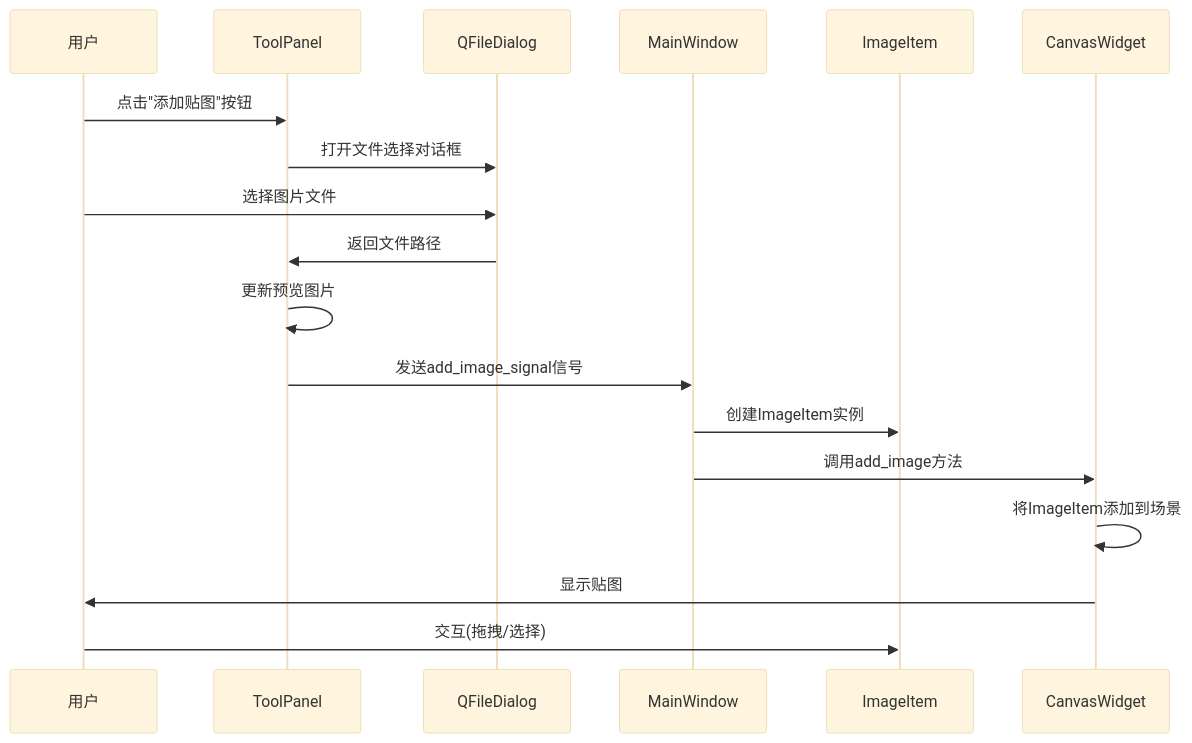
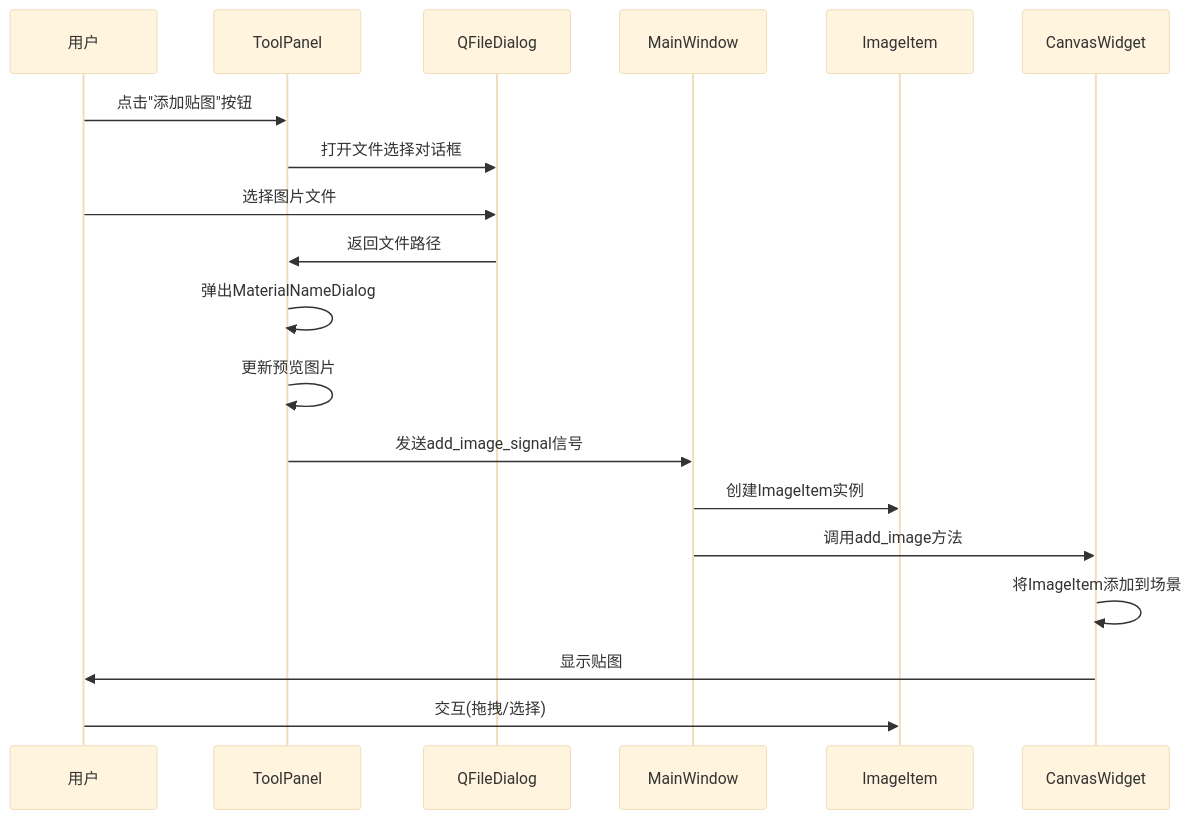
The third of 7 diagrams in DEV_LOG.md (xiyuxzq/VisualizationTexLayout), drawn with Mermaid (base theme) before and after one commit. The commit also changed other lines of this file, not shown here.

````diff
--- a/DEV_LOG.md
+++ b/DEV_LOG.md
@@ -241,21 +302,22 @@
 ```mermaid
 sequenceDiagram
     participant User as 用户
     participant TP as ToolPanel
     participant Dialog as QFileDialog
     participant MW as MainWindow
     participant II as ImageItem
     participant CW as CanvasWidget
     
     User->>TP: 点击"添加贴图"按钮
     TP->>Dialog: 打开文件选择对话框
     User->>Dialog: 选择图片文件
     Dialog->>TP: 返回文件路径
+    TP->>TP: 弹出MaterialNameDialog
     TP->>TP: 更新预览图片
     TP->>MW: 发送add_image_signal信号
     MW->>II: 创建ImageItem实例
     MW->>CW: 调用add_image方法
     CW->>CW: 将ImageItem添加到场景
     CW->>User: 显示贴图
     User->>II: 交互(拖拽/选择)
 ```
````
